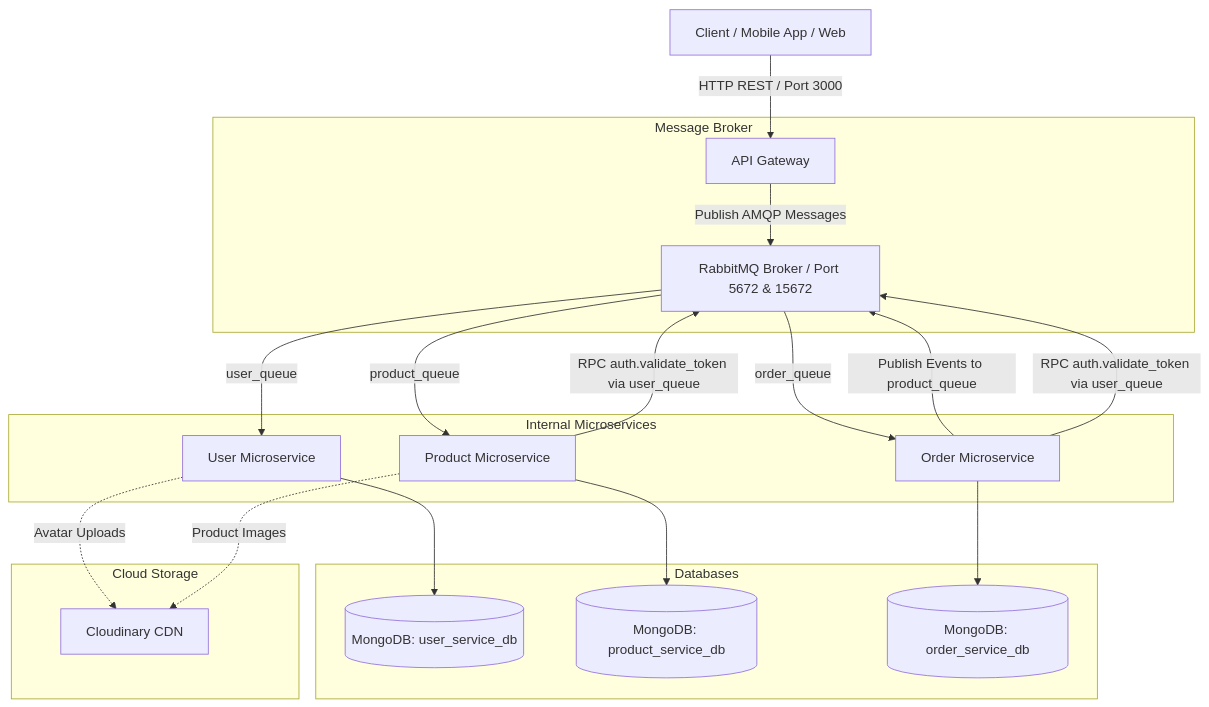
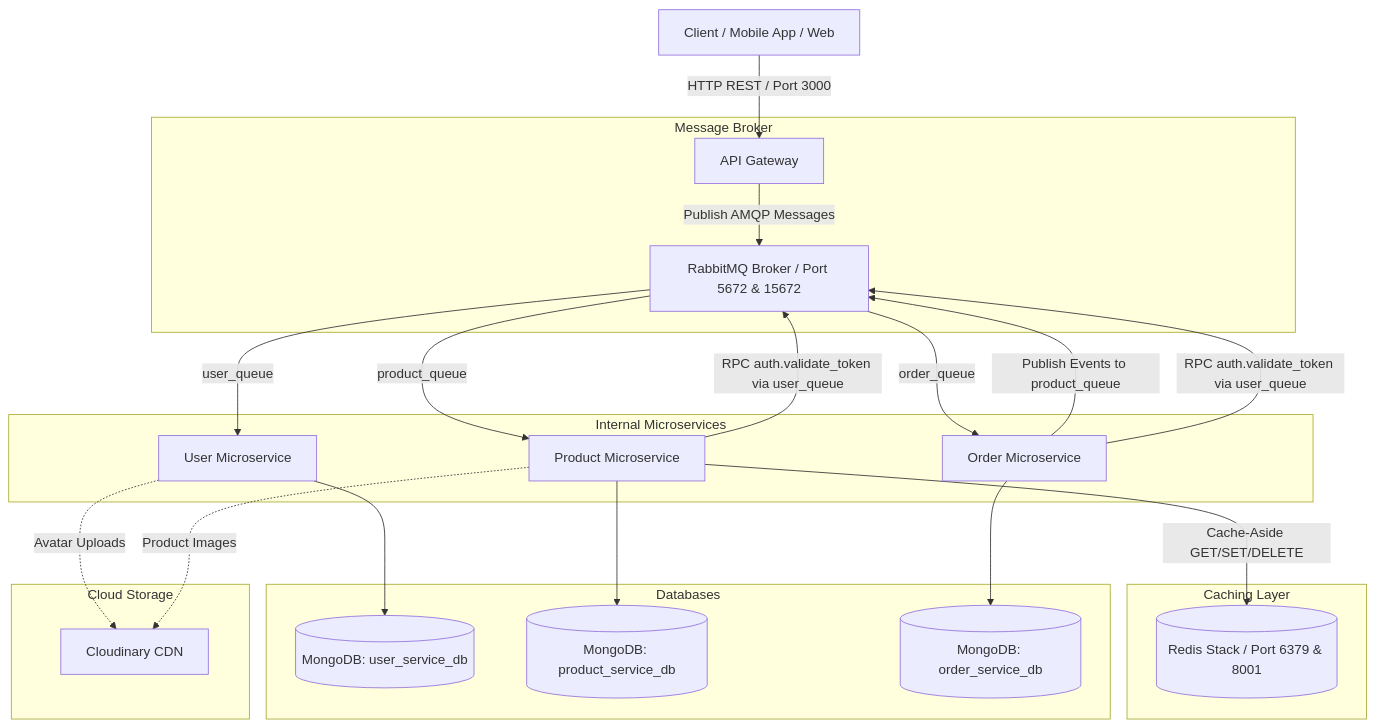
The diagram in MICROSERVICES.md (ProgrammingWithHT/ecommerce-nestjs-backend), drawn with Mermaid before and after one commit. The commit also changed other lines of this file and 1 other file, not shown here.

````diff
--- a/MICROSERVICES.md
+++ b/MICROSERVICES.md
@@ -11,30 +11,35 @@
 ```mermaid
 graph TD
     Client[Client / Mobile App / Web] -->|HTTP REST / Port 3000| Gateway[API Gateway]
 
     subgraph Message Broker
         RMQ[RabbitMQ Broker / Port 5672 & 15672]
         Gateway -->|Publish AMQP Messages| RMQ
     end
 
     subgraph Internal Microservices
         RMQ -->|user_queue| UserService[User Microservice]
         RMQ -->|product_queue| ProductService[Product Microservice]
         RMQ -->|order_queue| OrderService[Order Microservice]
 
         OrderService -->|Publish Events to product_queue| RMQ
         ProductService -->|RPC auth.validate_token via user_queue| RMQ
         OrderService -->|RPC auth.validate_token via user_queue| RMQ
     end
 
+    subgraph Caching Layer
+        Redis[(Redis Stack / Port 6379 & 8001)]
+        ProductService -->|Cache-Aside GET/SET/DELETE| Redis
+    end
+
     subgraph Databases
         UserService --> DB1[(MongoDB: user_service_db)]
         ProductService --> DB2[(MongoDB: product_service_db)]
         OrderService --> DB3[(MongoDB: order_service_db)]
     end
 
     subgraph Cloud Storage
         UserService -.->|Avatar Uploads| Cloudinary[Cloudinary CDN]
         ProductService -.->|Product Images| Cloudinary
     end
 ```
````
